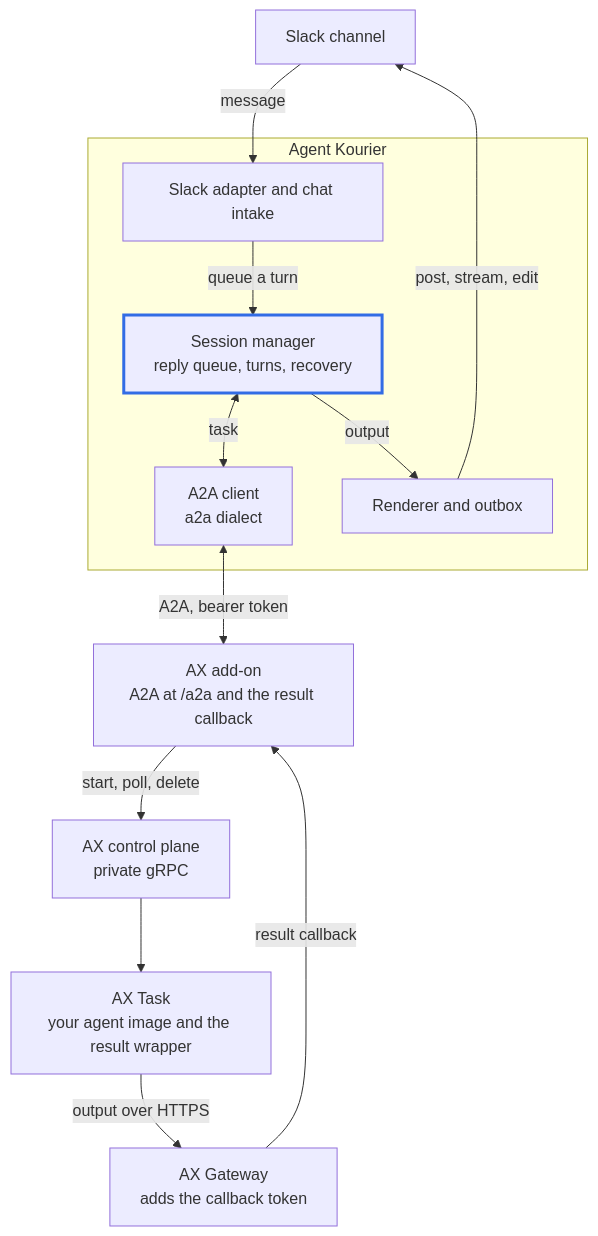
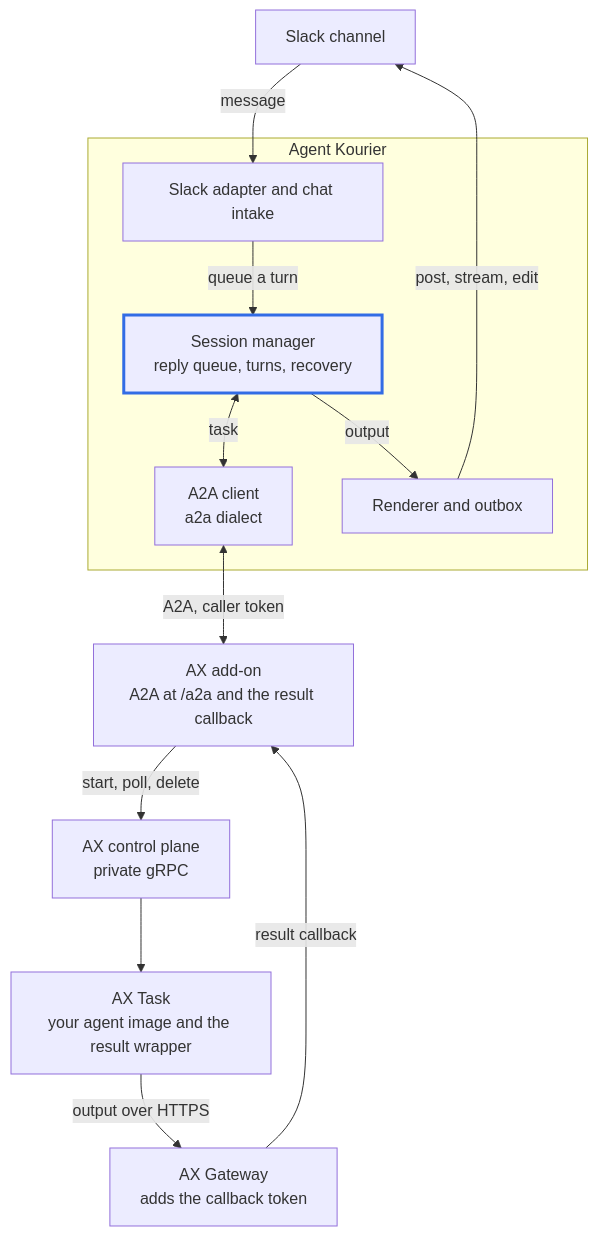
The third of 6 diagrams in docs/explanation/architecture.md (agentkourier/agent-kourier), drawn with Mermaid before and after one commit. The commit also changed other lines of this file and 1 other file, not shown here.

Commit message:
docs: say the AX add-on returns a failure without the output, and rewrap its values comment

````diff
--- a/docs/explanation/architecture.md
+++ b/docs/explanation/architecture.md
@@ -70,28 +70,28 @@
 ```mermaid
 flowchart TB
     Slack["Slack channel"]
     subgraph AK["Agent Kourier"]
         Intake["Slack adapter and chat intake"]
         Session["Session manager<br/>reply queue, turns, recovery"]
         Client["A2A client<br/>a2a dialect"]
         Render["Renderer and outbox"]
     end
     Launcher["AX add-on<br/>A2A at /a2a and the result callback"]
     Control["AX control plane<br/>private gRPC"]
     Task["AX Task<br/>your agent image and the result wrapper"]
     Gateway["AX Gateway<br/>adds the callback token"]
 
     Slack -->|message| Intake
     Intake -->|queue a turn| Session
     Session <-->|task| Client
-    Client <-->|A2A, bearer token| Launcher
+    Client <-->|A2A, caller token| Launcher
     Launcher -->|start, poll, delete| Control
     Control --> Task
     Task -->|output over HTTPS| Gateway
     Gateway -->|result callback| Launcher
     Session -->|output| Render
     Render -->|post, stream, edit| Slack
 
     classDef core stroke:#326CE5,stroke-width:3px
     class Session core
 ```
````
